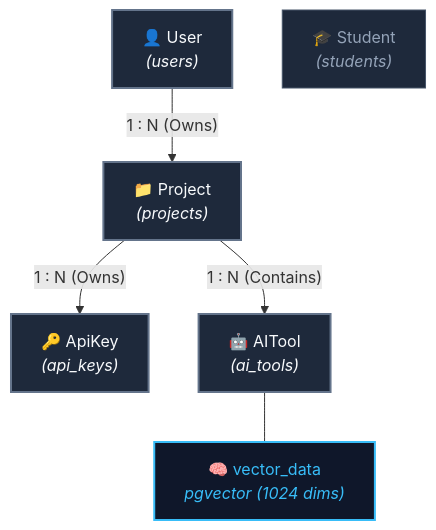
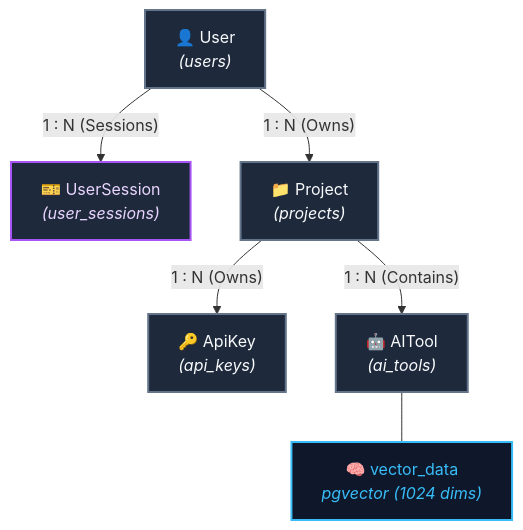
The second of 2 diagrams in DATABASE_STRUCTURE.md (hashalagayendra/Reserch-Support-Backend), drawn with Mermaid before and after one commit. The commit also changed other lines of this file and 9 other files, not shown here.

````diff
--- a/DATABASE_STRUCTURE.md
+++ b/DATABASE_STRUCTURE.md
@@ -69,23 +65,24 @@
 ```mermaid
 graph TD
     classDef primary fill:#1e293b,stroke:#64748b,color:#f8fafc,stroke-width:2px;
     classDef vector fill:#0f172a,stroke:#38bdf8,color:#38bdf8,stroke-width:2px;
-    classDef standalone fill:#1e293b,stroke:#475569,color:#94a3b8,stroke-width:1px;
+    classDef session fill:#1e293b,stroke:#a855f7,color:#e9d5ff,stroke-width:2px;
 
     UserTable["👤 User<br/><i>(users)</i>"]
+    UserSessionTable["🎫 UserSession<br/><i>(user_sessions)</i>"]
     ProjectTable["📁 Project<br/><i>(projects)</i>"]
     ApiKeyTable["🔑 ApiKey<br/><i>(api_keys)</i>"]
     AIToolTable["🤖 AITool<br/><i>(ai_tools)</i>"]
     VectorCol["🧠 vector_data<br/><i>pgvector (1024 dims)</i>"]
-    StudentTable["🎓 Student<br/><i>(students)</i>"]
 
     class UserTable,ProjectTable,ApiKeyTable primary;
+    class UserSessionTable session;
     class VectorCol vector;
     class AIToolTable primary;
-    class StudentTable standalone;
 
+    UserTable -->|"1 : N (Sessions)"| UserSessionTable
     UserTable -->|"1 : N (Owns)"| ProjectTable
     ProjectTable -->|"1 : N (Owns)"| ApiKeyTable
     ProjectTable -->|"1 : N (Contains)"| AIToolTable
     AIToolTable --- VectorCol
 ```
````
